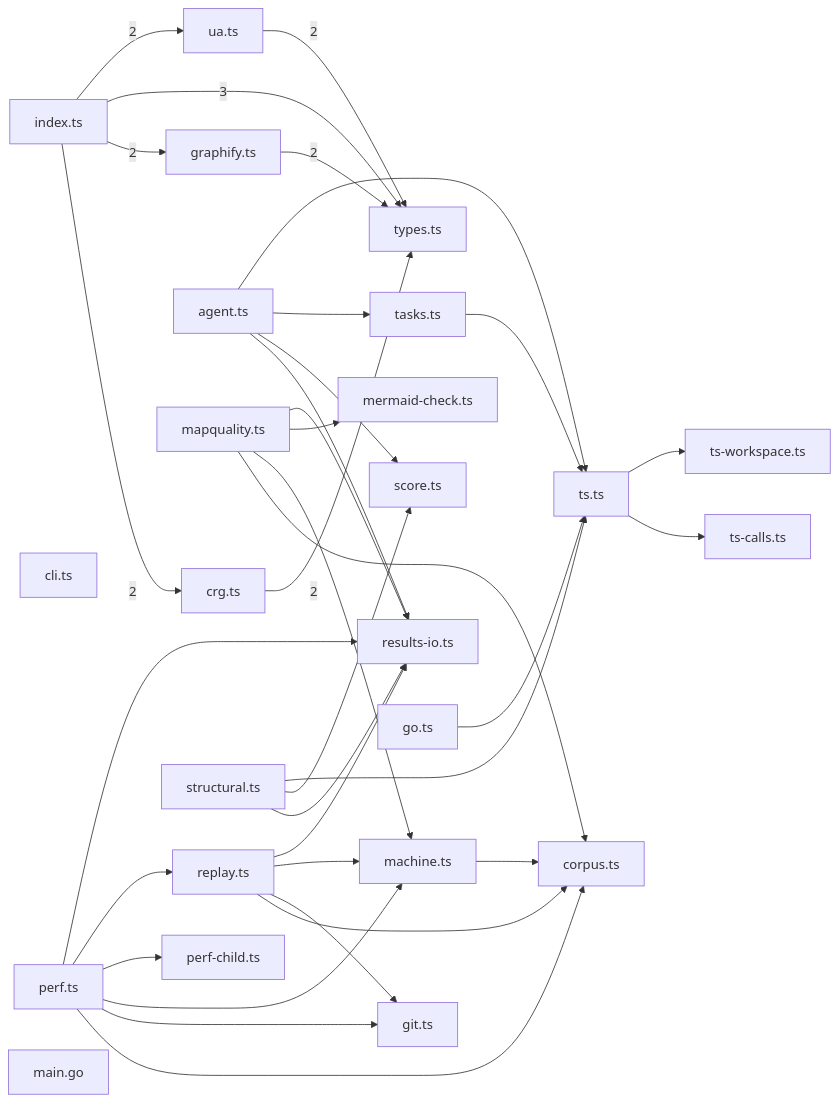
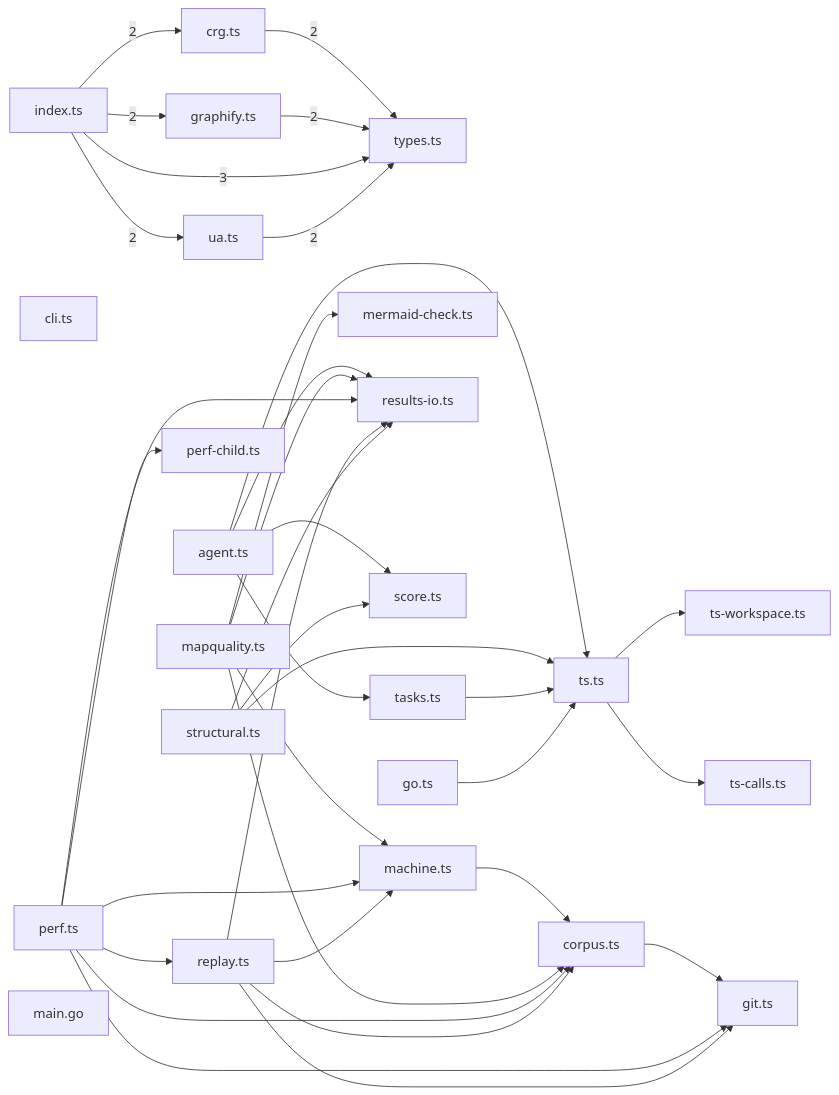
One commit to sns45/greplost changed the diagram in .greplost/packages/greplost__bench/MAP.md. Above: the diagram before and after it, drawn with Mermaid. The commit also changed other lines of this file and 18 other files, not shown here.

````diff
--- a/.greplost/packages/greplost__bench/MAP.md
+++ b/.greplost/packages/greplost__bench/MAP.md
@@ -72,60 +72,61 @@
 ```mermaid
 graph LR
   bench_src_adapters_crg_ts["crg.ts"]
   bench_src_adapters_graphify_ts["graphify.ts"]
   bench_src_adapters_index_ts["index.ts"]
   bench_src_adapters_types_ts["types.ts"]
   bench_src_adapters_ua_ts["ua.ts"]
   bench_src_agent_ts["agent.ts"]
   bench_src_cli_ts["cli.ts"]
   bench_src_corpus_ts["corpus.ts"]
   bench_src_git_ts["git.ts"]
   bench_src_machine_ts["machine.ts"]
   bench_src_mapquality_ts["mapquality.ts"]
   bench_src_mermaid_check_ts["mermaid-check.ts"]
   bench_src_perf_child_ts["perf-child.ts"]
   bench_src_perf_ts["perf.ts"]
   bench_src_replay_ts["replay.ts"]
   bench_src_results_io_ts["results-io.ts"]
   bench_src_score_ts["score.ts"]
   bench_src_structural_ts["structural.ts"]
   bench_src_tasks_ts["tasks.ts"]
   bench_src_truth_go_ts["go.ts"]
   bench_src_truth_ts_calls_ts["ts-calls.ts"]
   bench_src_truth_ts_ts["ts.ts"]
   bench_src_truth_ts_workspace_ts["ts-workspace.ts"]
   bench_truth_gocallgraph_main_go["main.go"]
   bench_src_adapters_crg_ts -->|2| bench_src_adapters_types_ts
   bench_src_adapters_graphify_ts -->|2| bench_src_adapters_types_ts
   bench_src_adapters_index_ts -->|2| bench_src_adapters_crg_ts
   bench_src_adapters_index_ts -->|2| bench_src_adapters_graphify_ts
   bench_src_adapters_index_ts -->|3| bench_src_adapters_types_ts
   bench_src_adapters_index_ts -->|2| bench_src_adapters_ua_ts
   bench_src_adapters_ua_ts -->|2| bench_src_adapters_types_ts
   bench_src_agent_ts --> bench_src_results_io_ts
   bench_src_agent_ts --> bench_src_score_ts
   bench_src_agent_ts --> bench_src_tasks_ts
   bench_src_agent_ts --> bench_src_truth_ts_ts
+  bench_src_corpus_ts --> bench_src_git_ts
   bench_src_machine_ts --> bench_src_corpus_ts
   bench_src_mapquality_ts --> bench_src_corpus_ts
   bench_src_mapquality_ts --> bench_src_machine_ts
   bench_src_mapquality_ts --> bench_src_mermaid_check_ts
   bench_src_mapquality_ts --> bench_src_results_io_ts
   bench_src_perf_ts --> bench_src_corpus_ts
   bench_src_perf_ts --> bench_src_git_ts
   bench_src_perf_ts --> bench_src_machine_ts
   bench_src_perf_ts --> bench_src_perf_child_ts
   bench_src_perf_ts --> bench_src_replay_ts
   bench_src_perf_ts --> bench_src_results_io_ts
   bench_src_replay_ts --> bench_src_corpus_ts
   bench_src_replay_ts --> bench_src_git_ts
   bench_src_replay_ts --> bench_src_machine_ts
   bench_src_replay_ts --> bench_src_results_io_ts
   bench_src_structural_ts --> bench_src_results_io_ts
   bench_src_structural_ts --> bench_src_score_ts
   bench_src_structural_ts --> bench_src_truth_ts_ts
   bench_src_tasks_ts --> bench_src_truth_ts_ts
   bench_src_truth_go_ts --> bench_src_truth_ts_ts
   bench_src_truth_ts_ts --> bench_src_truth_ts_calls_ts
   bench_src_truth_ts_ts --> bench_src_truth_ts_workspace_ts
 ```
````
